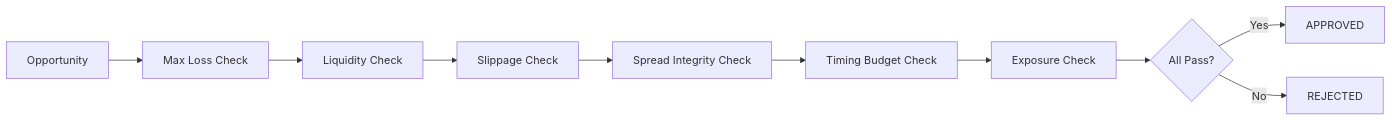
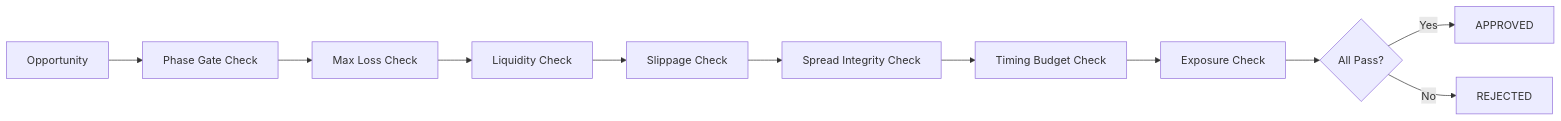
Before and after one commit to pavan53732/Apex-Arbitrage-Multichain-bot-for-windows: the diagram in docs/apex-app-docs/execution/risk-policy/risk-engine.md, drawn with Mermaid. The commit also changed other lines of this file and 5 other files, not shown here.

````diff
--- a/docs/apex-app-docs/execution/risk-policy/risk-engine.md
+++ b/docs/apex-app-docs/execution/risk-policy/risk-engine.md
@@ -47,12 +95,13 @@
 ```mermaid
 flowchart LR
-    A[Opportunity] --> B[Max Loss Check]
-    B --> C[Liquidity Check]
-    C --> D[Slippage Check]
-    D --> E[Spread Integrity Check]
-    E --> F[Timing Budget Check]
-    F --> G[Exposure Check]
-    G --> H{All Pass?}
-    H -->|Yes| I[APPROVED]
-    H -->|No| J[REJECTED]
+    A[Opportunity] --> B[Phase Gate Check]
+    B --> C[Max Loss Check]
+    C --> D[Liquidity Check]
+    D --> E[Slippage Check]
+    E --> F[Spread Integrity Check]
+    F --> G[Timing Budget Check]
+    G --> H[Exposure Check]
+    H --> I{All Pass?}
+    I -->|Yes| J[APPROVED]
+    I -->|No| K[REJECTED]
 ```
````
